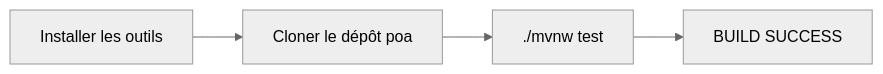
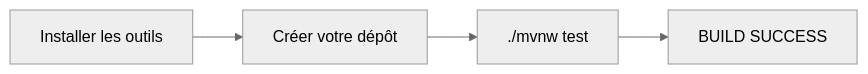
Before and after one commit to ounzin/poa: the diagram in INSTALLATION.md, drawn with Mermaid (neutral theme). The commit also changed other lines of this file and 2 other files, not shown here.

````diff
--- a/INSTALLATION.md
+++ b/INSTALLATION.md
@@ -5,6 +5,6 @@
 ```mermaid
 flowchart LR
-    A[Installer les outils] --> B[Cloner le dépôt poa]
+    A[Installer les outils] --> B[Créer votre dépôt]
     B --> C[./mvnw test]
     C --> D[BUILD SUCCESS]
 ```
````
